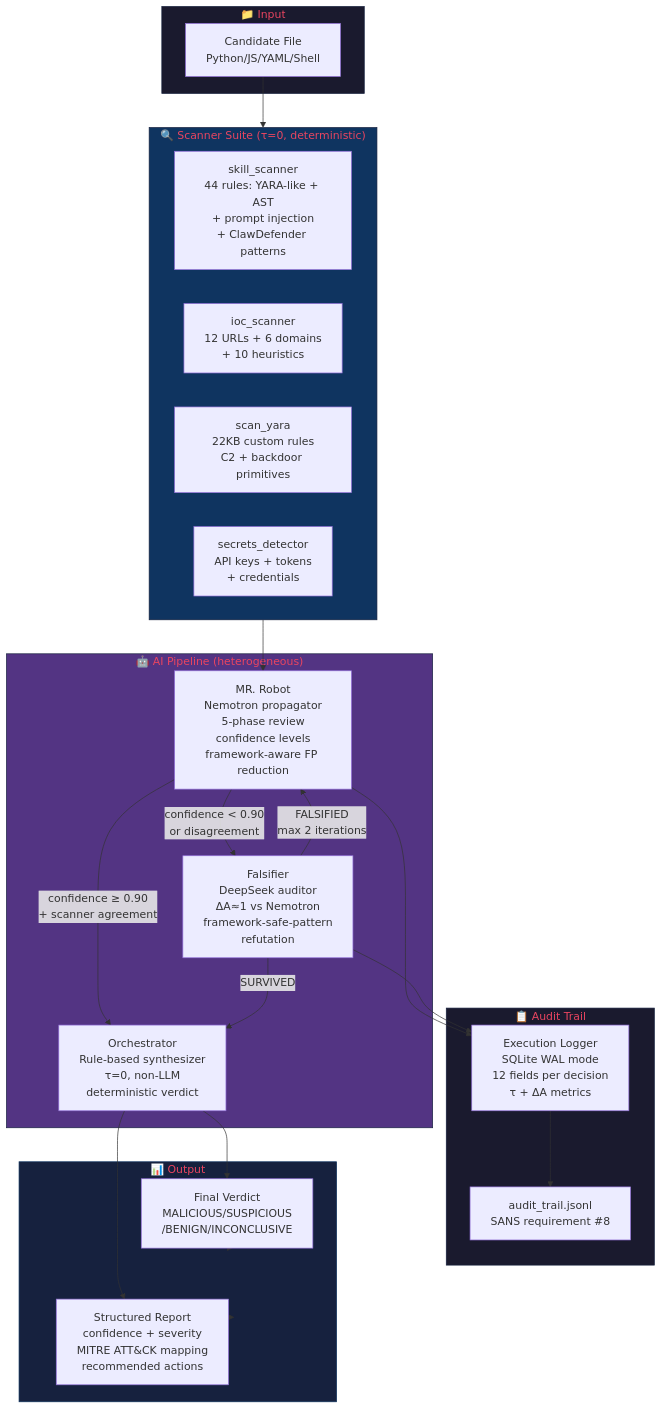
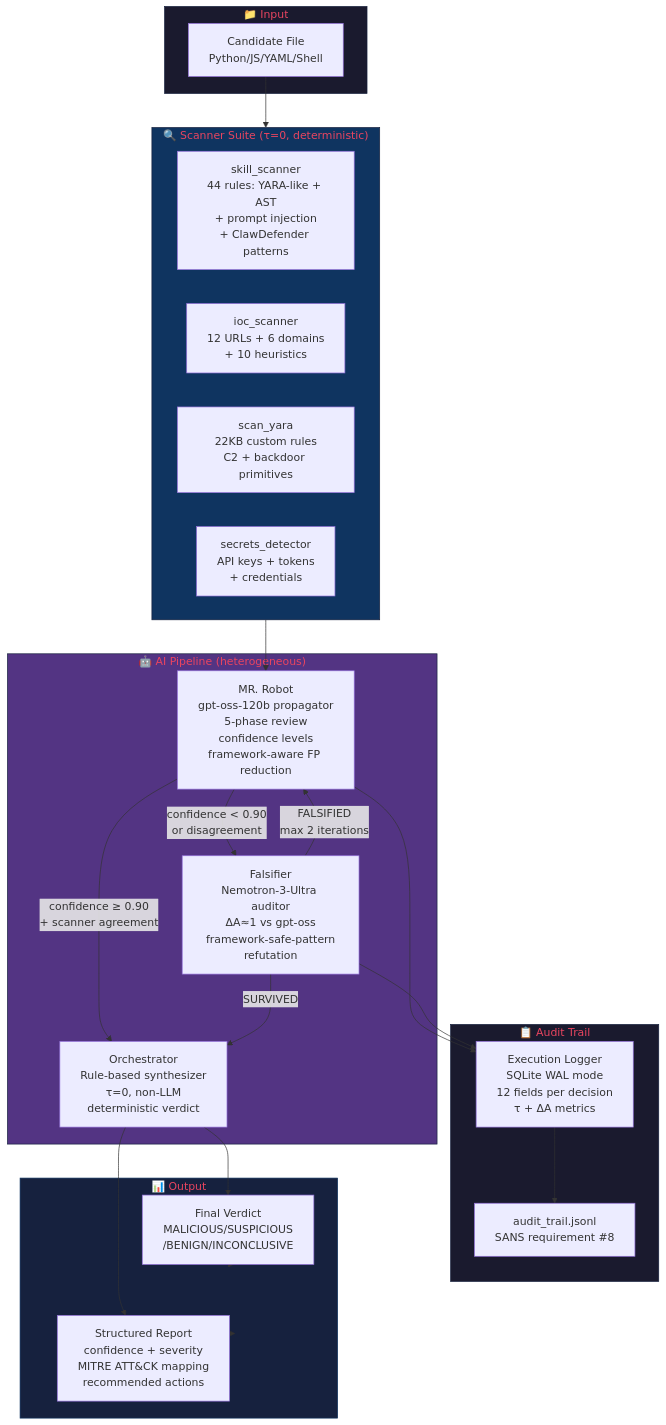
One commit to Grizaceo/mr-robot-adversarial changed the diagram in docs/architecture.md. Above: the diagram before and after it, drawn with Mermaid. The commit also changed other lines of this file and 18 other files, not shown here.

````diff
--- a/docs/architecture.md
+++ b/docs/architecture.md
@@ -5,49 +5,49 @@
 ```mermaid
 graph TB
     subgraph Input["📁 Input"]
         FILE[Candidate File<br/>Python/JS/YAML/Shell]
     end
 
     subgraph Scanners["🔍 Scanner Suite (τ=0, deterministic)"]
         SS[skill_scanner<br/>44 rules: YARA-like + AST<br/>+ prompt injection<br/>+ ClawDefender patterns]
         IS[ioc_scanner<br/>12 URLs + 6 domains<br/>+ 10 heuristics]
         YR[scan_yara<br/>22KB custom rules<br/>C2 + backdoor primitives]
         SD[secrets_detector<br/>API keys + tokens<br/>+ credentials]
     end
 
     subgraph AI["🤖 AI Pipeline (heterogeneous)"]
-        MR[MR. Robot<br/>Nemotron propagator<br/>5-phase review<br/>confidence levels<br/>framework-aware FP reduction]
-        FALS[Falsifier<br/>DeepSeek auditor<br/>ΔA≈1 vs Nemotron<br/>framework-safe-pattern<br/>refutation]
+        MR[MR. Robot<br/>gpt-oss-120b propagator<br/>5-phase review<br/>confidence levels<br/>framework-aware FP reduction]
+        FALS[Falsifier<br/>Nemotron-3-Ultra auditor<br/>ΔA≈1 vs gpt-oss<br/>framework-safe-pattern<br/>refutation]
         SYN[Orchestrator<br/>Rule-based synthesizer<br/>τ=0, non-LLM<br/>deterministic verdict]
     end
 
     subgraph Audit["📋 Audit Trail"]
         LOG[Execution Logger<br/>SQLite WAL mode<br/>12 fields per decision<br/>τ + ΔA metrics]
         JSONL[audit_trail.jsonl<br/>SANS requirement #8]
     end
 
     subgraph Output["📊 Output"]
         VERDICT[Final Verdict<br/>MALICIOUS/SUSPICIOUS<br/>/BENIGN/INCONCLUSIVE]
         REPORT[Structured Report<br/>confidence + severity<br/>MITRE ATT&CK mapping<br/>recommended actions]
     end
 
     FILE --> Scanners
     Scanners --> MR
     MR -->|confidence ≥ 0.90<br/>+ scanner agreement| SYN
     MR -->|confidence < 0.90<br/>or disagreement| FALS
     FALS -->|SURVIVED| SYN
     FALS -->|FALSIFIED<br/>max 2 iterations| MR
     SYN --> VERDICT
     SYN --> REPORT
     MR --> LOG
     FALS --> LOG
     LOG --> JSONL
     VERDICT --> Output
     REPORT --> Output
 
     style Input fill:#1a1a2e,stroke:#16213e,color:#e94560
     style Scanners fill:#0f3460,stroke:#16213e,color:#e94560
     style AI fill:#533483,stroke:#16213e,color:#e94560
     style Audit fill:#1a1a2e,stroke:#16213e,color:#e94560
     style Output fill:#16213e,stroke:#0f3460,color:#e94560
 ```
````
